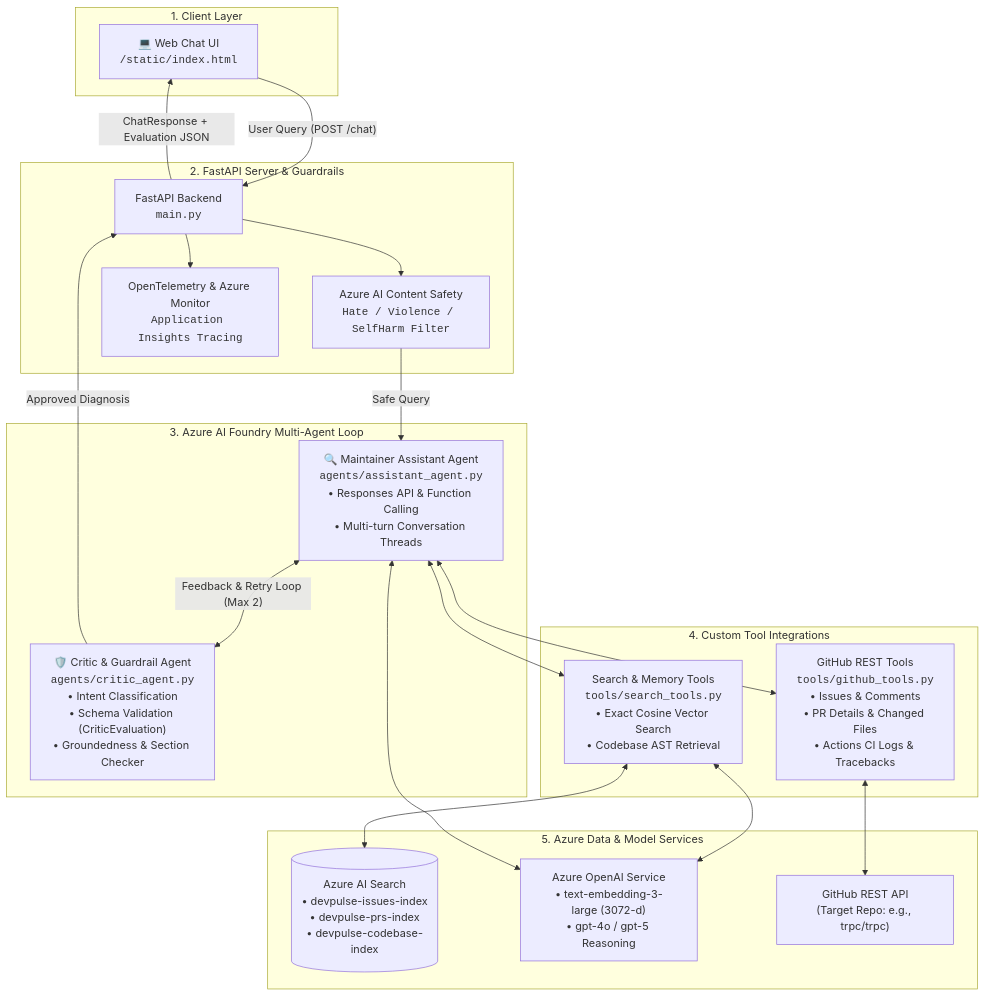
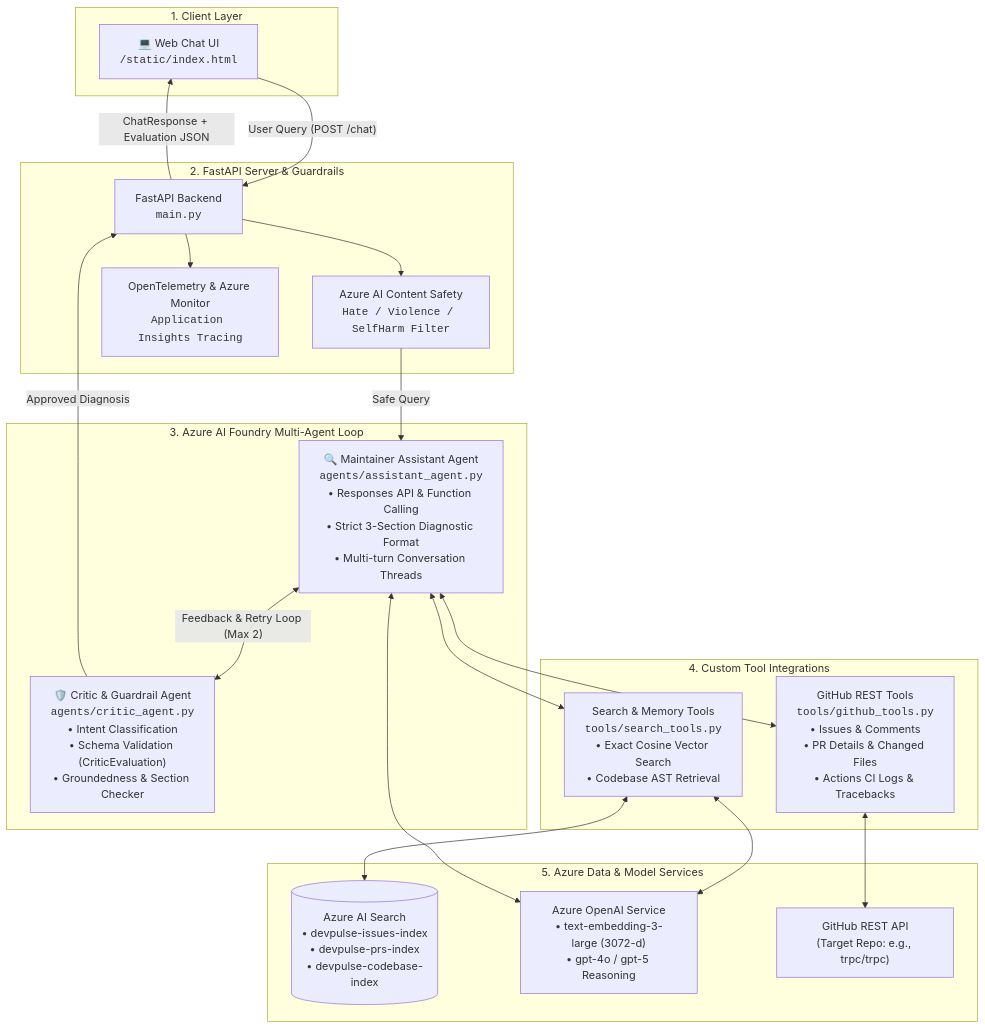
The diagram in README.md (Saifali111/AI-Repo-Intelligence-Agent-Azure), drawn with Mermaid before and after one commit. The commit also changed other lines of this file, not shown here.

Commit message:
docs: clarify tool-augmented architecture and 3-section diagnostic protocol

````diff
--- a/README.md
+++ b/README.md
@@ -25,42 +25,42 @@
 ```mermaid
 flowchart TD
     subgraph ClientLayer ["1. Client Layer"]
         WebUI["💻 Web Chat UI<br/><code>/static/index.html</code>"]
     end
 
     subgraph ServerLayer ["2. FastAPI Server & Guardrails"]
         FastAPI["FastAPI Backend<br/><code>main.py</code>"]
         CS["Azure AI Content Safety<br/><code>Hate / Violence / SelfHarm Filter</code>"]
         OTel["OpenTelemetry & Azure Monitor<br/><code>Application Insights Tracing</code>"]
     end
 
     subgraph AgentLayer ["3. Azure AI Foundry Multi-Agent Loop"]
-        Assistant["🔍 Maintainer Assistant Agent<br/><code>agents/assistant_agent.py</code><br/>• Responses API & Function Calling<br/>• Multi-turn Conversation Threads"]
+        Assistant["🔍 Maintainer Assistant Agent<br/><code>agents/assistant_agent.py</code><br/>• Responses API & Function Calling<br/>• Strict 3-Section Diagnostic Format<br/>• Multi-turn Conversation Threads"]
         Critic["🛡️ Critic & Guardrail Agent<br/><code>agents/critic_agent.py</code><br/>• Intent Classification<br/>• Schema Validation (CriticEvaluation)<br/>• Groundedness & Section Checker"]
         Assistant <-->|"Feedback & Retry Loop (Max 2)"| Critic
     end
 
     subgraph ToolLayer ["4. Custom Tool Integrations"]
         GHTools["GitHub REST Tools<br/><code>tools/github_tools.py</code><br/>• Issues & Comments<br/>• PR Details & Changed Files<br/>• Actions CI Logs & Tracebacks"]
         SearchTools["Search & Memory Tools<br/><code>tools/search_tools.py</code><br/>• Exact Cosine Vector Search<br/>• Codebase AST Retrieval"]
     end
 
     subgraph DataLayer ["5. Azure Data & Model Services"]
         AISearch[("Azure AI Search<br/>• devpulse-issues-index<br/>• devpulse-prs-index<br/>• devpulse-codebase-index")]
         AOAI["Azure OpenAI Service<br/>• text-embedding-3-large (3072-d)<br/>• gpt-4o / gpt-5 Reasoning"]
         GHAPI["GitHub REST API<br/>(Target Repo: e.g., trpc/trpc)"]
     end
 
     WebUI -->|"User Query (POST /chat)"| FastAPI
     FastAPI --> OTel
     FastAPI --> CS
     CS -->|"Safe Query"| Assistant
     Assistant <--> GHTools
     Assistant <--> SearchTools
     GHTools <--> GHAPI
     SearchTools <--> AISearch
     SearchTools <--> AOAI
     Assistant <--> AOAI
     Critic -->|"Approved Diagnosis"| FastAPI
     FastAPI -->|"ChatResponse + Evaluation JSON"| WebUI
 ```
````
